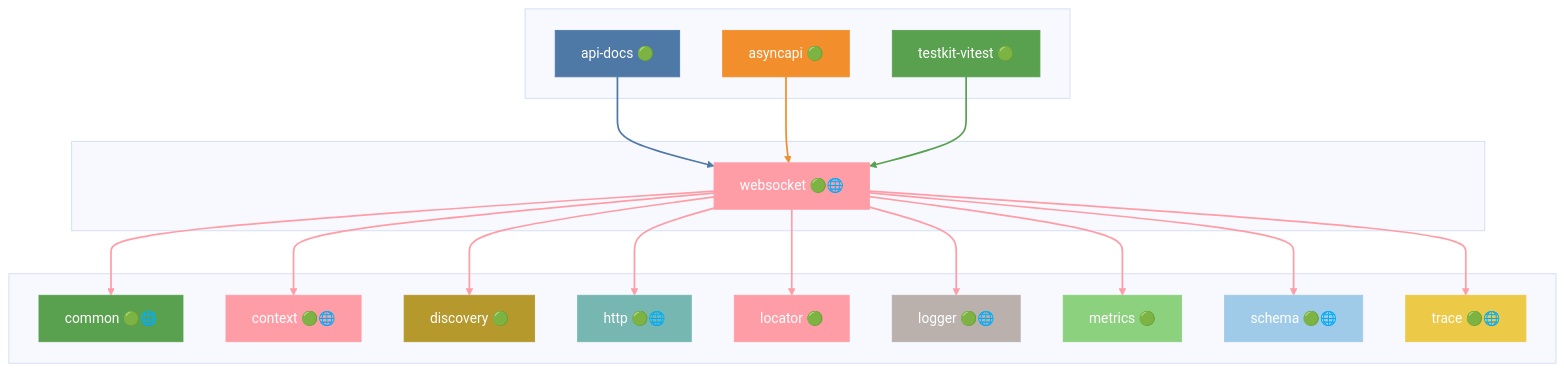
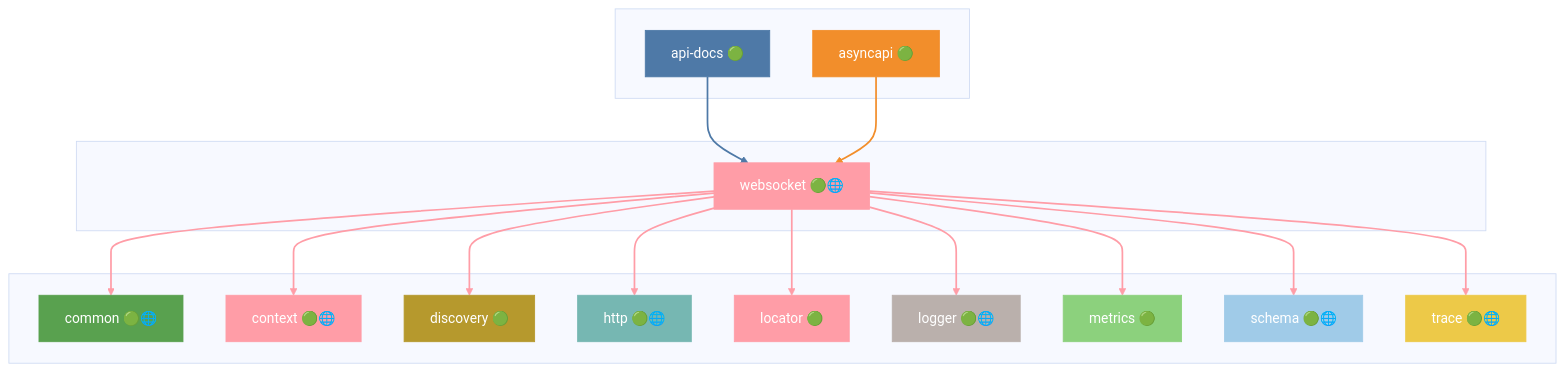
Diagram 45 of 45 in docs/DEPENDENCIES.md (grest-ts/grest-ts), drawn with Mermaid (base theme) before and after one commit. The commit also changed other lines of this file and 46 other files, not shown here.

````diff
--- a/docs/DEPENDENCIES.md
+++ b/docs/DEPENDENCIES.md
@@ -2125,59 +2043,55 @@
 ```mermaid
 flowchart TB
     subgraph Dependents[" "]
         api-docs["api-docs 🟢"]
         asyncapi["asyncapi 🟢"]
-        testkit-vitest["testkit-vitest 🟢"]
     end
     subgraph Package[" "]
         websocket["websocket 🟢🌐"]
     end
     subgraph Dependencies[" "]
         common["common 🟢🌐"]
         context["context 🟢🌐"]
         discovery["discovery 🟢"]
         http["http 🟢🌐"]
         locator["locator 🟢"]
         logger["logger 🟢🌐"]
         metrics["metrics 🟢"]
         schema["schema 🟢🌐"]
         trace["trace 🟢🌐"]
     end
     api-docs --> websocket
     asyncapi --> websocket
-    testkit-vitest --> websocket
     websocket --> common
     websocket --> context
     websocket --> discovery
     websocket --> http
     websocket --> locator
     websocket --> logger
     websocket --> metrics
     websocket --> schema
     websocket --> trace
     style websocket fill:#FF9DA7,stroke:#FF9DA7,color:#fff
     style api-docs fill:#4E79A7,stroke:#4E79A7,color:#fff
     style asyncapi fill:#F28E2B,stroke:#F28E2B,color:#fff
-    style testkit-vitest fill:#59A14F,stroke:#59A14F,color:#fff
     style common fill:#59A14F,stroke:#59A14F,color:#fff
     style context fill:#FF9DA7,stroke:#FF9DA7,color:#fff
     style discovery fill:#B6992D,stroke:#B6992D,color:#fff
     style http fill:#76B7B2,stroke:#76B7B2,color:#fff
     style locator fill:#FF9DA7,stroke:#FF9DA7,color:#fff
     style logger fill:#BAB0AC,stroke:#BAB0AC,color:#fff
     style metrics fill:#8CD17D,stroke:#8CD17D,color:#fff
     style schema fill:#A0CBE8,stroke:#A0CBE8,color:#fff
     style trace fill:#EDC948,stroke:#EDC948,color:#fff
     linkStyle 0 stroke:#4E79A7,stroke-width:2px
     linkStyle 1 stroke:#F28E2B,stroke-width:2px
-    linkStyle 2 stroke:#59A14F,stroke-width:2px
+    linkStyle 2 stroke:#FF9DA7,stroke-width:2px
     linkStyle 3 stroke:#FF9DA7,stroke-width:2px
     linkStyle 4 stroke:#FF9DA7,stroke-width:2px
     linkStyle 5 stroke:#FF9DA7,stroke-width:2px
     linkStyle 6 stroke:#FF9DA7,stroke-width:2px
     linkStyle 7 stroke:#FF9DA7,stroke-width:2px
     linkStyle 8 stroke:#FF9DA7,stroke-width:2px
     linkStyle 9 stroke:#FF9DA7,stroke-width:2px
     linkStyle 10 stroke:#FF9DA7,stroke-width:2px
-    linkStyle 11 stroke:#FF9DA7,stroke-width:2px
 ```
````
